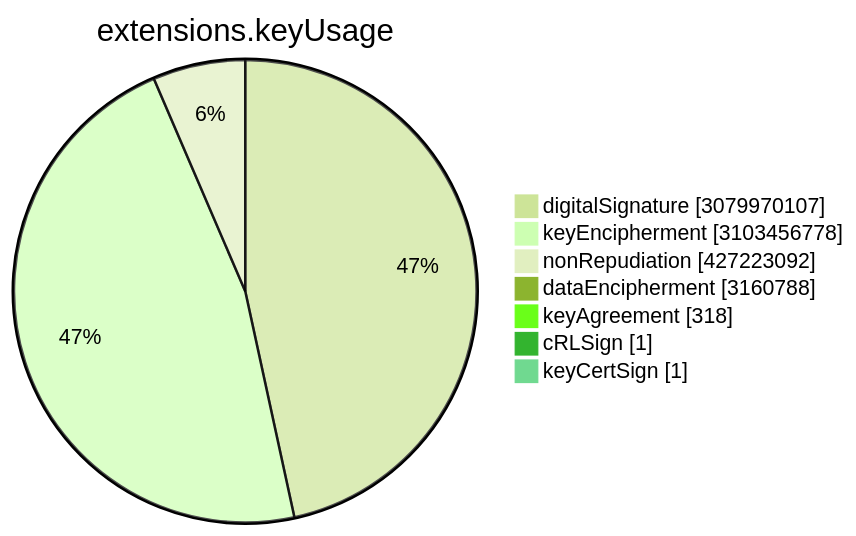
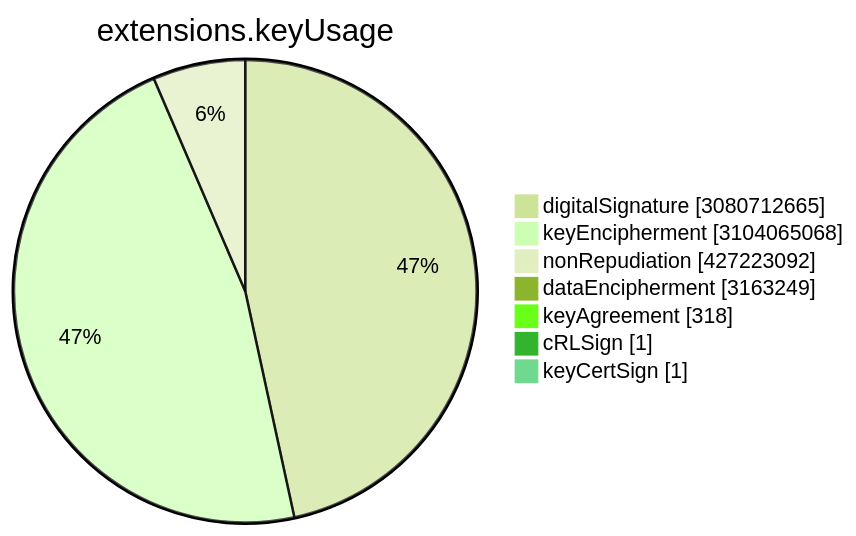
One commit to christiankrug/ctmonitor_visualization changed the sixth of 15 diagrams in TOTAL/README.md. Above: the diagram before and after it, drawn with Mermaid (forest theme). The commit also changed other lines of this file, not shown here.

````diff
--- a/TOTAL/README.md
+++ b/TOTAL/README.md
@@ -3075,11 +3075,11 @@
 ```mermaid
 pie showData
 title extensions.keyUsage
-"digitalSignature" :3079970107
-"keyEncipherment" :3103456778
+"digitalSignature" :3080712665
+"keyEncipherment" :3104065068
 "nonRepudiation" :427223092
-"dataEncipherment" :3160788
+"dataEncipherment" :3163249
 "keyAgreement" :318
 "cRLSign" :1
 "keyCertSign" :1
 ```
````
